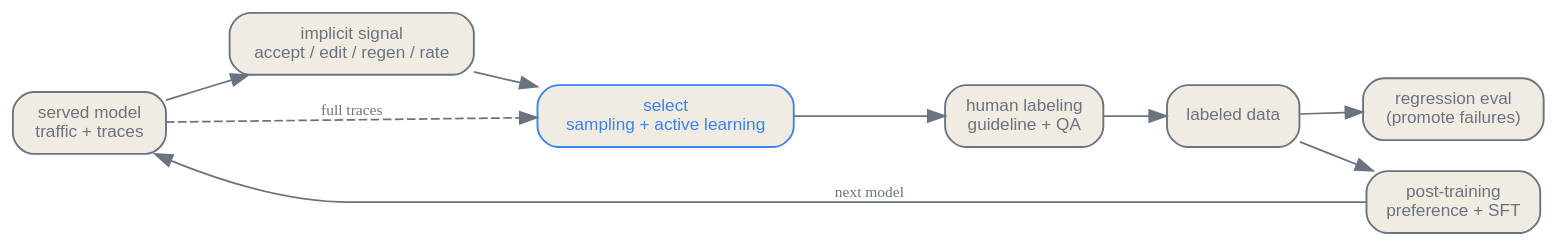
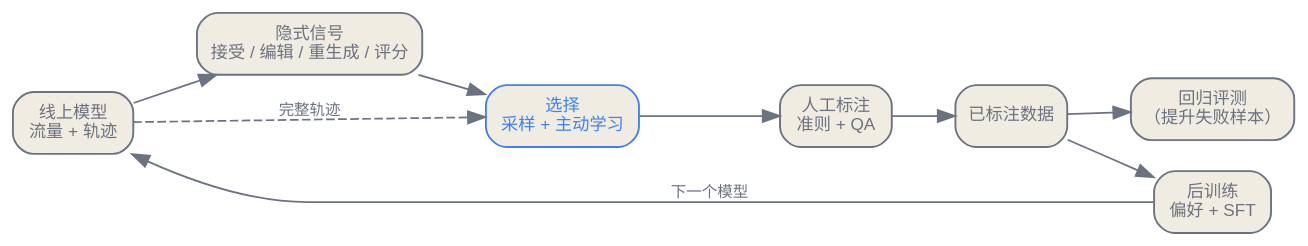
Before and after one commit to latere-ai/ai-as-an-infrastructure: the diagram in zh/practice/11-production-data-engine.qmd, drawn with Graphviz. The commit also changed 273 other files, not shown here.

Commit message:
docs: localize Chinese diagrams

````diff
--- a/zh/practice/11-production-data-engine.qmd
+++ b/zh/practice/11-production-data-engine.qmd
@@ -15,25 +15,25 @@
 ```{dot}
 //| label: fig-data-engine-loop
 //| fig-cap: "作为常设循环的生产数据引擎。上线流量吐出轨迹和隐式信号；采样与主动学习挑出少数值得人工标注的轨迹；标注后的数据分流为一个回归评测集和一批新鲜的后训练数据，后者产出下一个模型，去服务下一批流量。"
 digraph engine {
   rankdir=LR;
   bgcolor="transparent";
   node [shape=box, style="rounded,filled", fontname="Helvetica", fontsize=10, color="#6b7280", fontcolor="#6b7280", fillcolor="#f1ece1", penwidth=1.1];
   edge [color="#6b7280", fontcolor="#6b7280", fontsize=9];
 
-  serve [label="served model\ntraffic + traces"];
-  imp   [label="implicit signal\naccept / edit / regen / rate"];
-  sel   [label="select\nsampling + active learning", color="#3b82f6", fontcolor="#3b82f6"];
-  label [label="human labeling\nguideline + QA"];
-  data  [label="labeled data"];
-  evalq [label="regression eval\n(promote failures)"];
-  train [label="post-training\npreference + SFT"];
+  serve [label="线上模型\n流量 + 轨迹"];
+  imp   [label="隐式信号\n接受 / 编辑 / 重生成 / 评分"];
+  sel   [label="选择\n采样 + 主动学习", color="#3b82f6", fontcolor="#3b82f6"];
+  label [label="人工标注\n准则 + QA"];
+  data  [label="已标注数据"];
+  evalq [label="回归评测\n（提升失败样本）"];
+  train [label="后训练\n偏好 + SFT"];
 
   serve -> imp -> sel;
-  serve -> sel [style=dashed, label="full traces"];
+  serve -> sel [style=dashed, label="完整轨迹"];
   sel -> label -> data;
   data -> evalq;
   data -> train;
-  train -> serve [label="next model"];
+  train -> serve [label="下一个模型"];
 }
 ```
````
